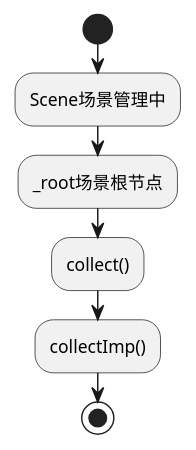
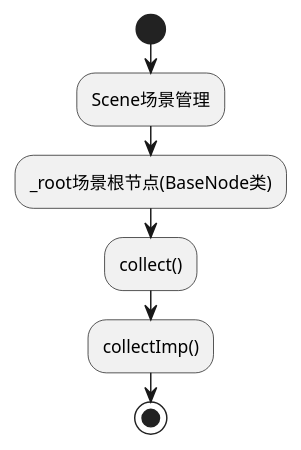
The diagram in UML/Bowell/Engine/CreatorCore/RenderListBuild.pu (YoJitaku/knowledgeRepository), drawn with PlantUML before and after one commit. The commit also changed 4 other files, not shown here.

```diff
--- a/UML/Bowell/Engine/CreatorCore/RenderListBuild.pu
+++ b/UML/Bowell/Engine/CreatorCore/RenderListBuild.pu
@@ -1,8 +1,8 @@
 @startuml RenderListBuild
 start
-:Scene场景管理中;
-:_root场景根节点;
+:Scene场景管理;
+:_root场景根节点(BaseNode类);
 :collect();
 :collectImp();
 stop
 @enduml
```
